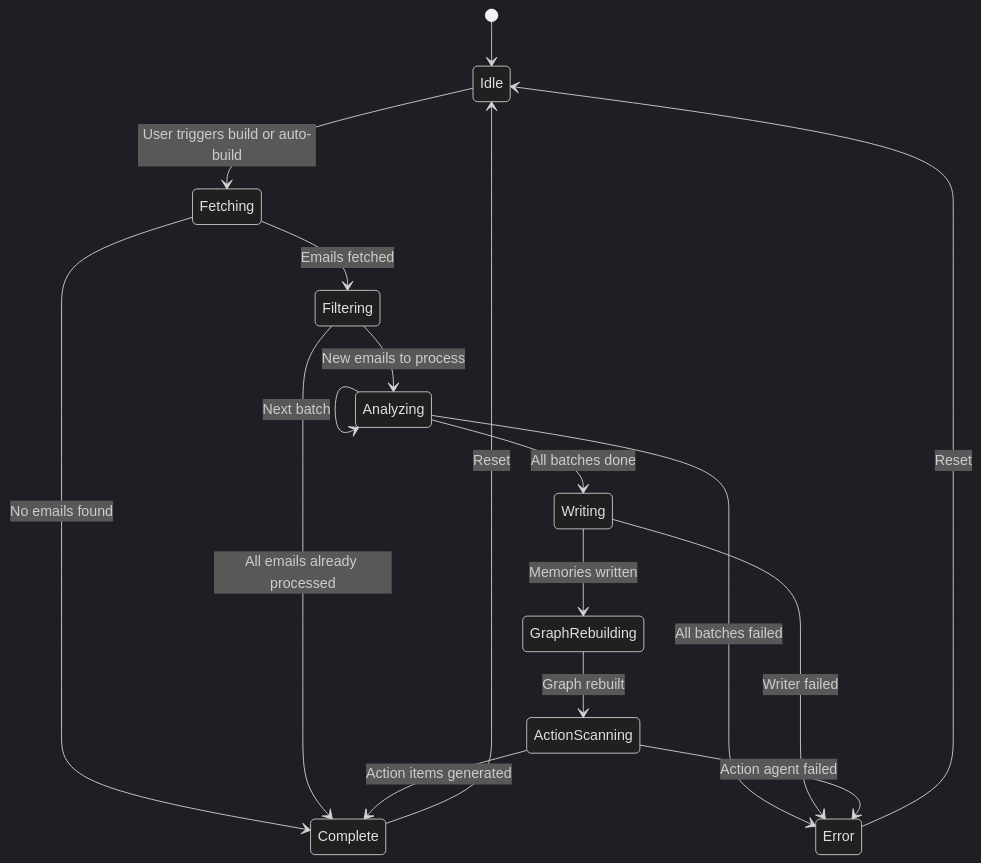
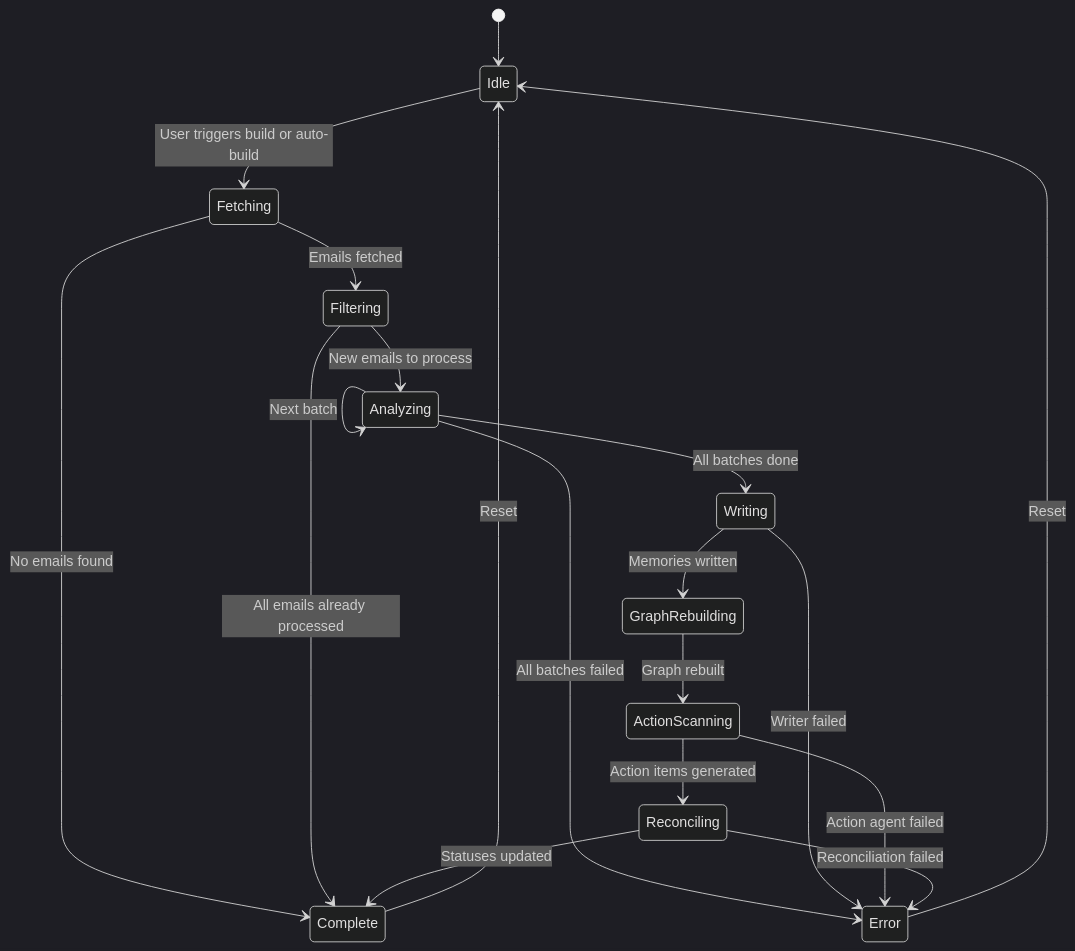
Before and after one commit to ifeanyi-okafor/email-memory-agent: the second of 3 diagrams in docs/state-machines.md, drawn with Mermaid (dark theme). The commit also changed 8 other files, not shown here.

First line of the commit message:
docs: update all living docs for ReconciliationAgent and action status feature

````diff
--- a/docs/state-machines.md
+++ b/docs/state-machines.md
@@ -20,19 +20,21 @@
 ```mermaid
 stateDiagram-v2
     [*] --> Idle
     Idle --> Fetching: User triggers build or auto-build
     Fetching --> Filtering: Emails fetched
     Fetching --> Complete: No emails found
     Filtering --> Complete: All emails already processed
     Filtering --> Analyzing: New emails to process
     Analyzing --> Analyzing: Next batch
     Analyzing --> Writing: All batches done
     Analyzing --> Error: All batches failed
     Writing --> GraphRebuilding: Memories written
     Writing --> Error: Writer failed
     GraphRebuilding --> ActionScanning: Graph rebuilt
-    ActionScanning --> Complete: Action items generated
+    ActionScanning --> Reconciling: Action items generated
     ActionScanning --> Error: Action agent failed
+    Reconciling --> Complete: Statuses updated
+    Reconciling --> Error: Reconciliation failed
     Complete --> Idle: Reset
     Error --> Idle: Reset
 ```
````
